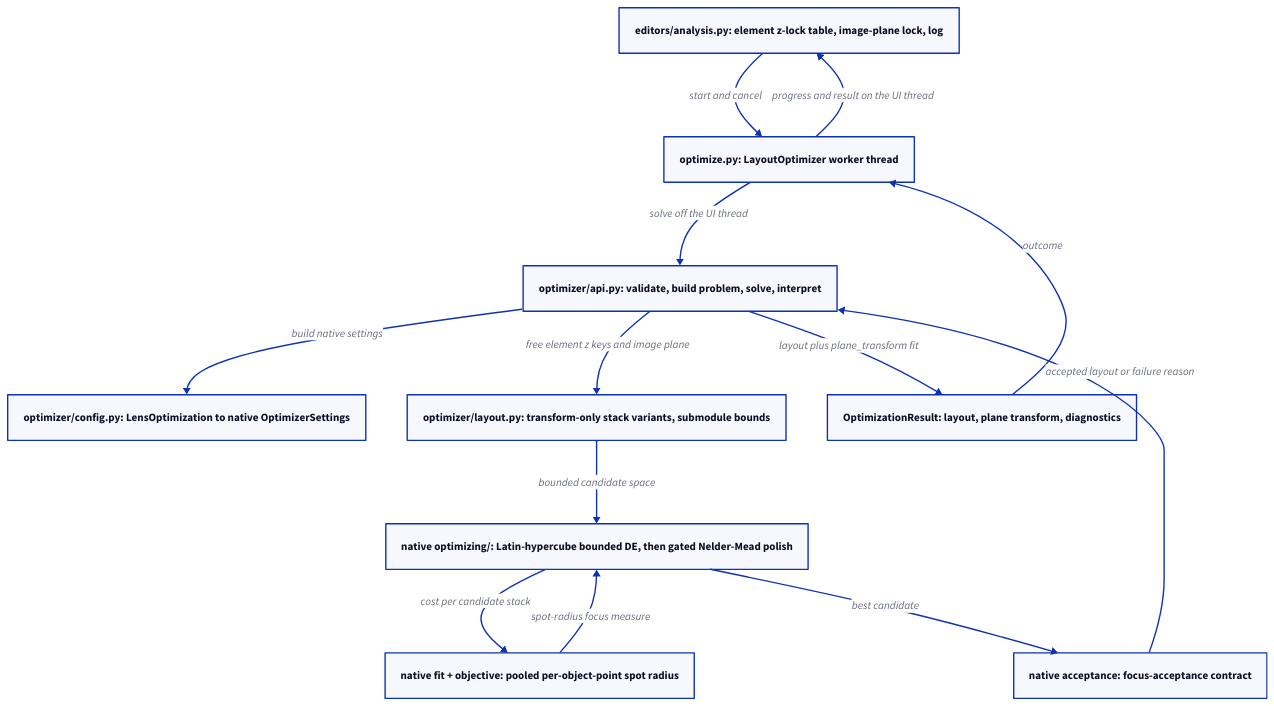
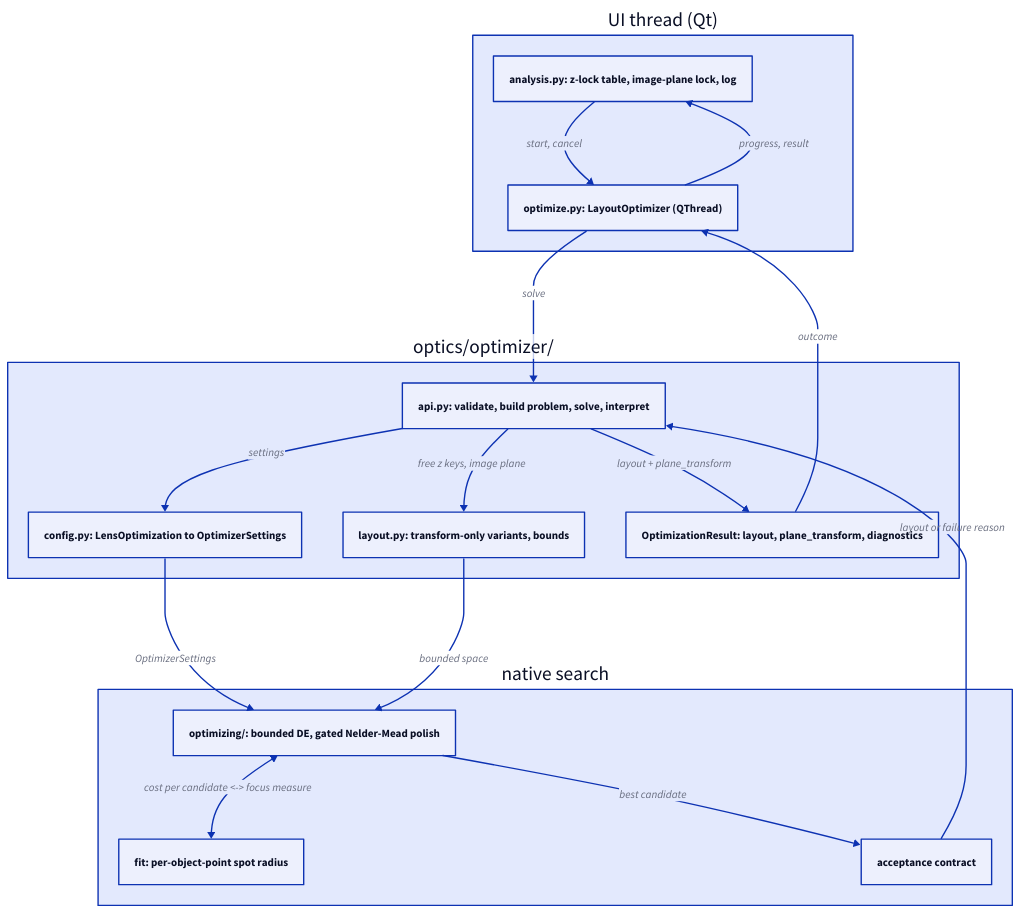
The diagram in docs/diagrams/optimization-loop.d2 (propane865/OpticsSimulator), drawn with D2 before and after one commit. The commit also changed 14 other files, not shown here.

Commit message:
docs: improve diagrams

```diff
--- a/docs/diagrams/optimization-loop.d2
+++ b/docs/diagrams/optimization-loop.d2
@@ -1,22 +1,35 @@
-ed: "editors/analysis.py: element z-lock table, image-plane lock, log"
-worker: "optimize.py: LayoutOptimizer worker thread"
-api: "optimizer/api.py: validate, build problem, solve, interpret"
-cfg: "optimizer/config.py: LensOptimization to native OptimizerSettings"
-layout: "optimizer/layout.py: transform-only stack variants, submodule bounds"
-nat: "native optimizing/: Latin-hypercube bounded DE, then gated Nelder-Mead polish"
-fit: "native fit + objective: pooled per-object-point spot radius"
-acc: "native acceptance: focus-acceptance contract"
-result: "OptimizationResult: layout, plane transform, diagnostics"
+direction: down
 
-ed -> worker: start and cancel
-worker -> api: solve off the UI thread
-api -> cfg: build native settings
-api -> layout: free element z keys and image plane
-layout -> nat: bounded candidate space
-nat -> fit: cost per candidate stack
-fit -> nat: spot-radius focus measure
-nat -> acc: best candidate
-acc -> api: accepted layout or failure reason
-api -> result: layout plus plane_transform fit
-result -> worker: outcome
-worker -> ed: progress and result on the UI thread
+ui: "UI thread (Qt)" {
+  ed: "analysis.py: z-lock table, image-plane lock, log"
+  work: "optimize.py: LayoutOptimizer (QThread)"
+
+  work -> ed: "progress, result"
+}
+
+py: "optics/optimizer/" {
+  api: "api.py: validate, build problem, solve, interpret"
+  cfg: "config.py: LensOptimization to OptimizerSettings"
+  layout: "layout.py: transform-only variants, bounds"
+  res: "OptimizationResult: layout, plane_transform, diagnostics"
+
+  api -> cfg: settings
+  api -> layout: "free z keys, image plane"
+  api -> res: "layout + plane_transform"
+}
+
+nat: "native search" {
+  search: "optimizing/: bounded DE, gated Nelder-Mead polish"
+  fit: "fit: per-object-point spot radius"
+  acc: "acceptance contract"
+
+  search <-> fit: "cost per candidate <-> focus measure"
+  search -> acc: best candidate
+}
+
+ui.ed -> ui.work: "start, cancel"
+ui.work -> py.api: solve
+py.cfg -> nat.search: OptimizerSettings
+py.layout -> nat.search: "bounded space"
+nat.acc -> py.api: "layout or failure reason"
+py.res -> ui.work: outcome
```
